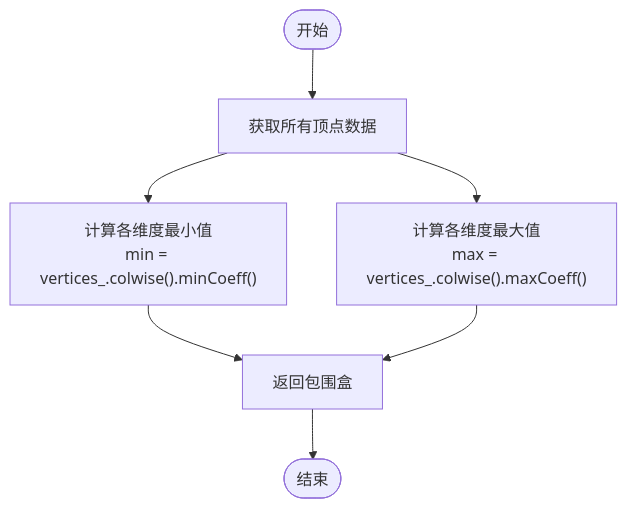
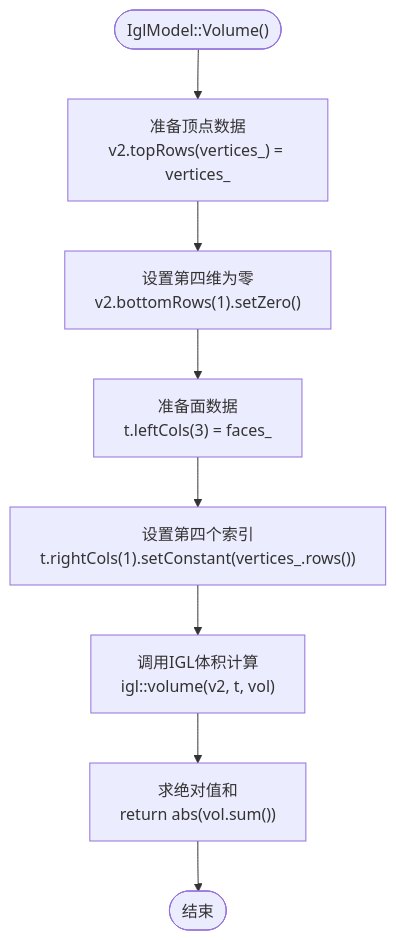
The fifth of 10 diagrams in .qoder/repowiki/zh/content/核心模块详解/模型预处理系统.md (hsmbanlance/HsBaSlicer), drawn with Mermaid before and after one commit. The commit also changed other lines of this file and 9 other files, not shown here.

````diff
--- a/.qoder/repowiki/zh/content/核心模块详解/模型预处理系统.md
+++ b/.qoder/repowiki/zh/content/核心模块详解/模型预处理系统.md
@@ -330,9 +346,10 @@
 ```mermaid
 flowchart TD
-Start(["开始"]) --> GetVertices["获取所有顶点数据"]
-GetVertices --> CalcMin["计算各维度最小值<br/>min = vertices_.colwise().minCoeff()"]
-GetVertices --> CalcMax["计算各维度最大值<br/>max = vertices_.colwise().maxCoeff()"]
-CalcMin --> ReturnBB["返回包围盒"]
-CalcMax --> ReturnBB
-ReturnBB --> End(["结束"])
+Start(["IglModel::Volume()"]) --> PrepareVertices["准备顶点数据<br/>v2.topRows(vertices_) = vertices_"]
+PrepareVertices --> SetZero["设置第四维为零<br/>v2.bottomRows(1).setZero()"]
+SetZero --> PrepareFaces["准备面数据<br/>t.leftCols(3) = faces_"]
+PrepareFaces --> SetConstant["设置第四个索引<br/>t.rightCols(1).setConstant(vertices_.rows())"]
+SetConstant --> CallIGL["调用IGL体积计算<br/>igl::volume(v2, t, vol)"]
+CallIGL --> SumAbs["求绝对值和<br/>return abs(vol.sum())"]
+SumAbs --> End(["结束"])
 ```
````
